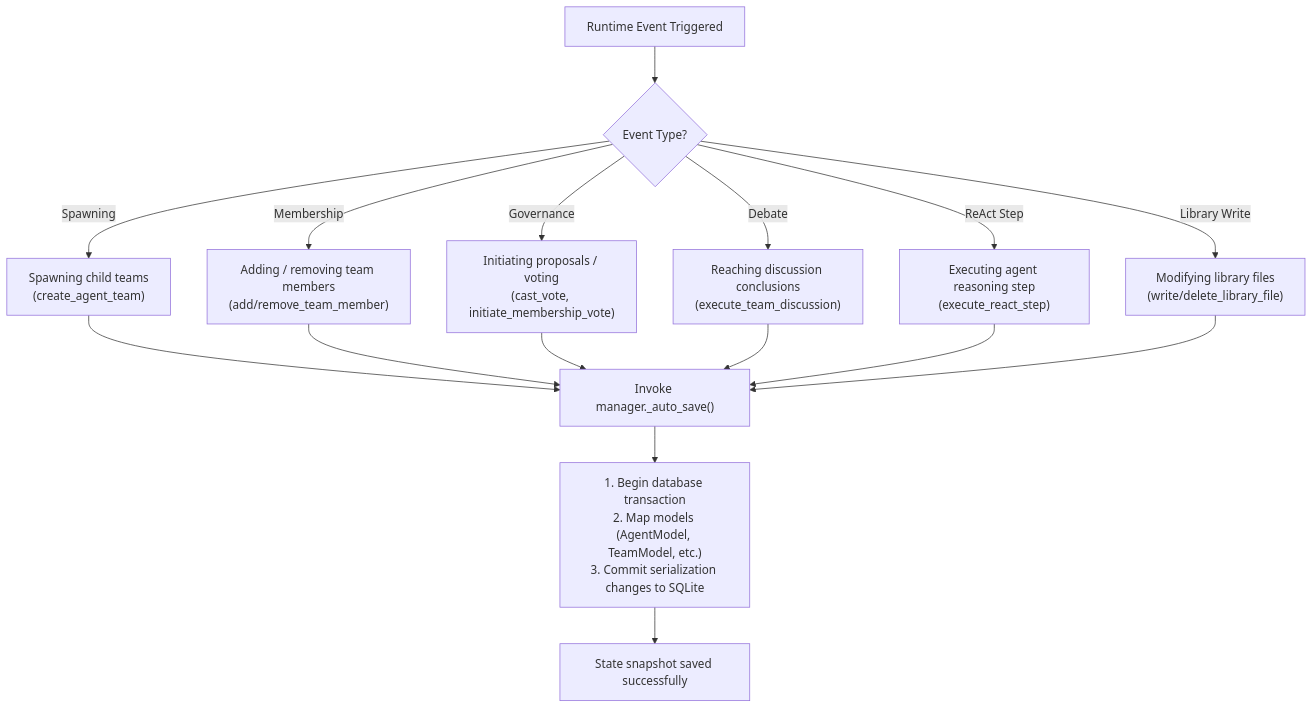
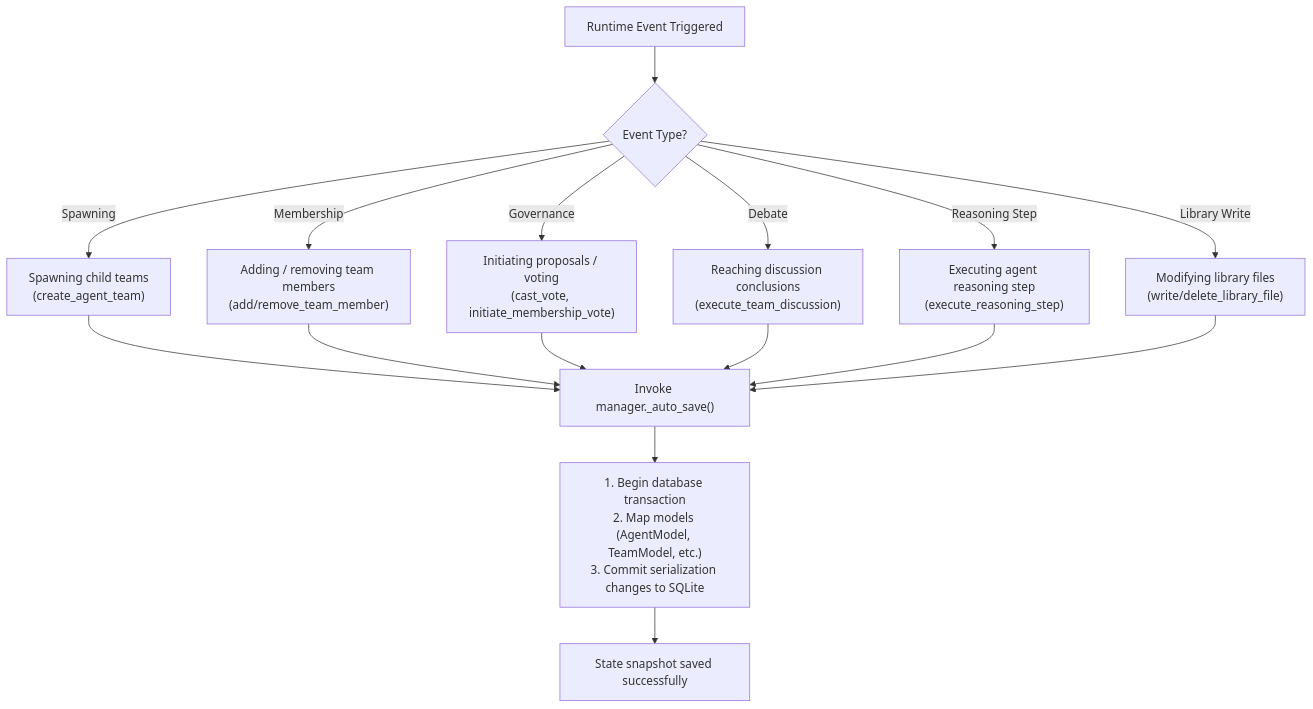
The first of 2 diagrams in docs/flowcharts/State_Persistence.md (AI-Team-Team/AI-Team-Team), drawn with Mermaid before and after one commit. The commit also changed 23 other files, not shown here.

````diff
--- a/docs/flowcharts/State_Persistence.md
+++ b/docs/flowcharts/State_Persistence.md
@@ -9,21 +9,21 @@
 ```mermaid
 flowchart TD
     Start["Runtime Event Triggered"] --> EventType{"Event Type?"}
     
     EventType -- "Spawning" --> Save1["Spawning child teams\n(create_agent_team)"]
     EventType -- "Membership" --> Save2["Adding / removing team members\n(add/remove_team_member)"]
     EventType -- "Governance" --> Save3["Initiating proposals / voting\n(cast_vote, initiate_membership_vote)"]
     EventType -- "Debate" --> Save4["Reaching discussion conclusions\n(execute_team_discussion)"]
-    EventType -- "ReAct Step" --> Save5["Executing agent reasoning step\n(execute_react_step)"]
+    EventType -- "Reasoning Step" --> Save5["Executing agent reasoning step\n(execute_reasoning_step)"]
     EventType -- "Library Write" --> Save6["Modifying library files\n(write/delete_library_file)"]
     
     Save1 --> AutoSave["Invoke manager._auto_save()"]
     Save2 --> AutoSave
     Save3 --> AutoSave
     Save4 --> AutoSave
     Save5 --> AutoSave
     Save6 --> AutoSave
     
     AutoSave --> SerializeORM["1. Begin database transaction\n2. Map models (AgentModel, TeamModel, etc.)\n3. Commit serialization changes to SQLite"]
     SerializeORM --> End["State snapshot saved successfully"]
 ```
````
